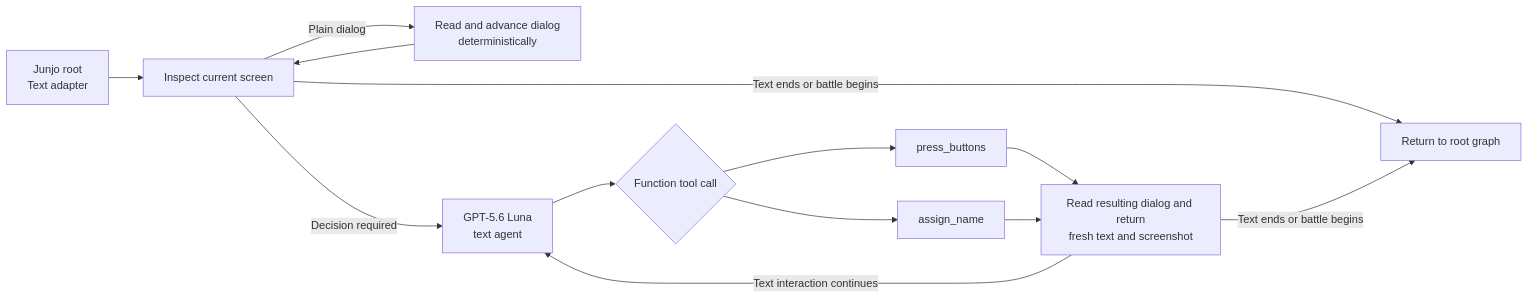
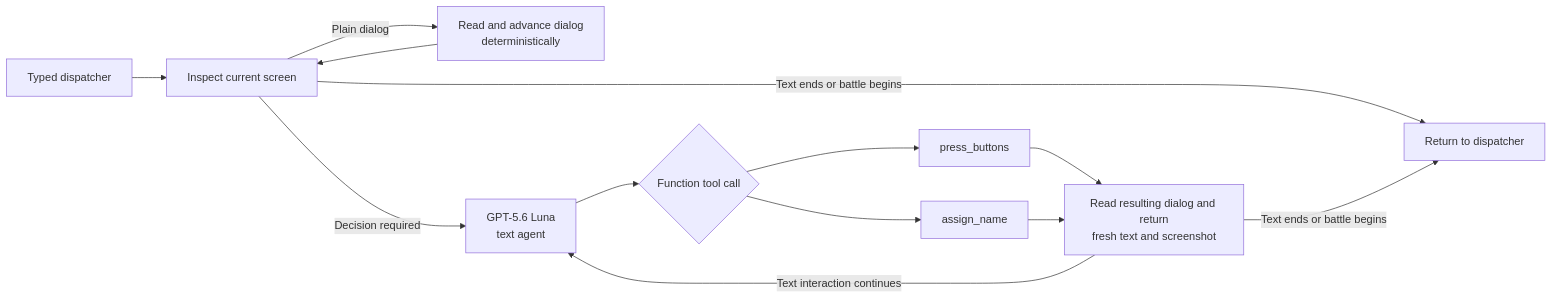
One commit to clambro/ai-plays-pokemon changed the fourth of 4 diagrams in docs/workflow.md. Above: the diagram before and after it, drawn with Mermaid. The commit also changed other lines of this file and 183 other files, not shown here.

First line of the commit message:
Replace the junjo root with pydantic graph (#95)

````diff
--- a/docs/workflow.md
+++ b/docs/workflow.md
@@ -220,16 +228,16 @@
 ```mermaid
 flowchart LR
-    root["Junjo root<br/>Text adapter"] --> inspect["Inspect current screen"]
+    dispatch["Typed dispatcher"] --> inspect["Inspect current screen"]
     inspect -->|"Plain dialog"| dialog["Read and advance dialog<br/>deterministically"]
     dialog --> inspect
     inspect -->|"Decision required"| agent["GPT-5.6 Luna<br/>text agent"]
-    inspect -->|"Text ends or battle begins"| finish["Return to root graph"]
+    inspect -->|"Text ends or battle begins"| finish["Return to dispatcher"]
 
     agent --> choice{"Function tool call"}
     choice --> buttons["press_buttons"]
     choice --> name["assign_name"]
     buttons --> observe["Read resulting dialog and return<br/>fresh text and screenshot"]
     name --> observe
     observe -->|"Text interaction continues"| agent
     observe -->|"Text ends or battle begins"| finish
 ```
````
